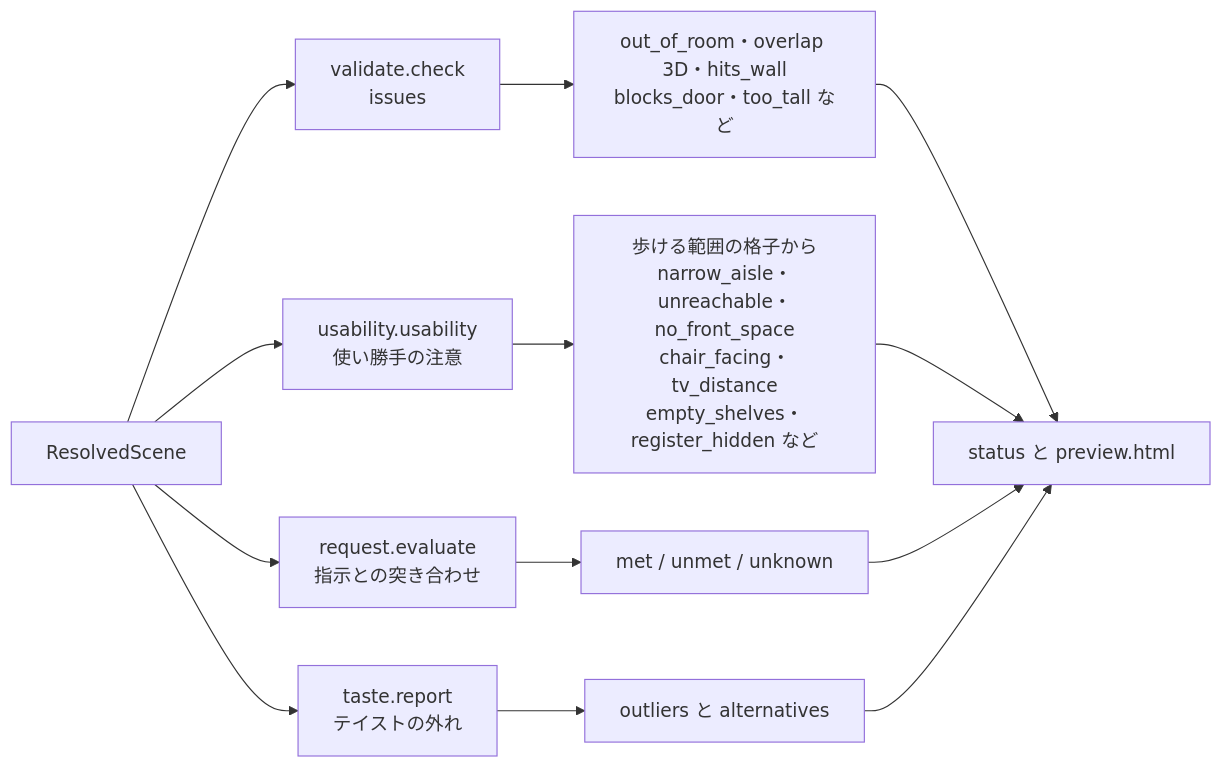
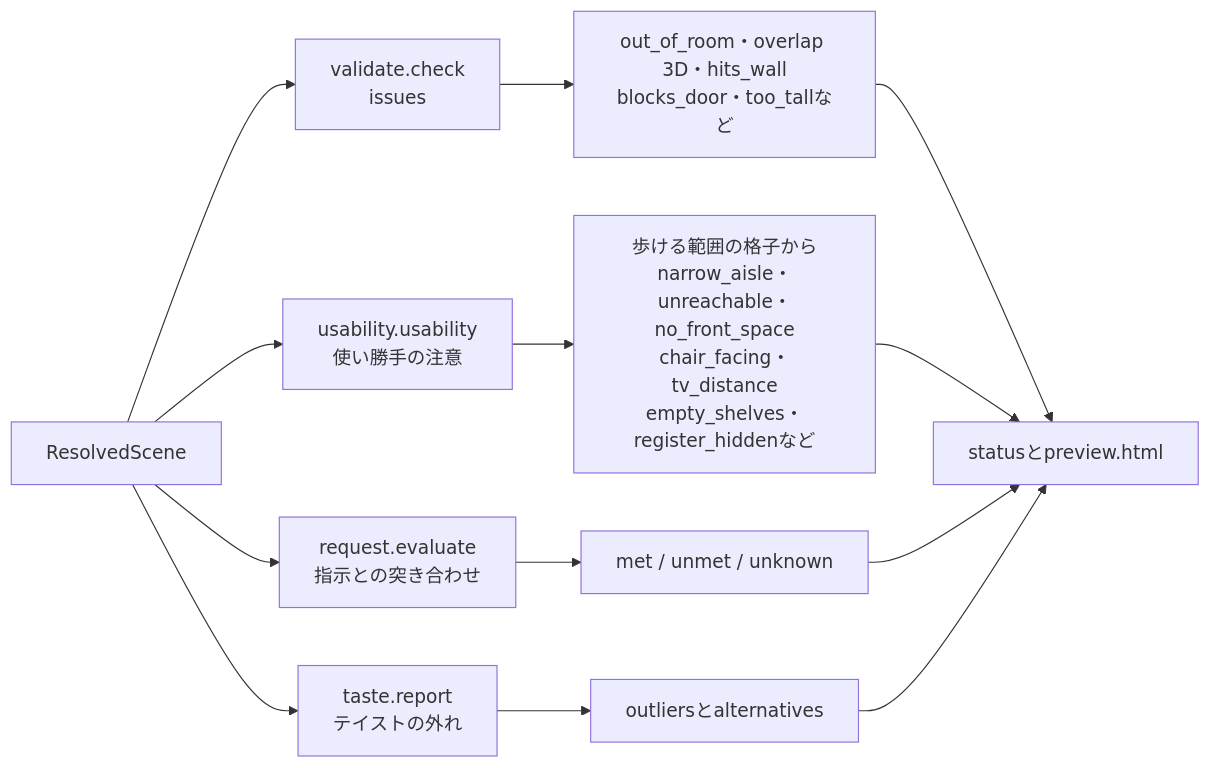
The fifth of 9 diagrams in docs/architecture.md (atinfinity/agentic-sim-world-gen), drawn with Mermaid before and after one commit. The commit also changed other lines of this file and 4 other files, not shown here.

Commit message:
Japanese docs: drop half-width spaces between Japanese and ASCII in the mermaid diagrams too

````diff
--- a/docs/architecture.md
+++ b/docs/architecture.md
@@ -285,15 +285,15 @@
 ```mermaid
 flowchart LR
     scene["ResolvedScene"] --> v1["validate.check<br/>issues"]
     scene --> v2["usability.usability<br/>使い勝手の注意"]
     scene --> v3["request.evaluate<br/>指示との突き合わせ"]
     scene --> v4["taste.report<br/>テイストの外れ"]
-    v1 --> i1["out_of_room・overlap 3D・hits_wall<br/>blocks_door・too_tall など"]
-    v2 --> i2["歩ける範囲の格子から<br/>narrow_aisle・unreachable・no_front_space<br/>chair_facing・tv_distance<br/>empty_shelves・register_hidden など"]
+    v1 --> i1["out_of_room・overlap 3D・hits_wall<br/>blocks_door・too_tallなど"]
+    v2 --> i2["歩ける範囲の格子から<br/>narrow_aisle・unreachable・no_front_space<br/>chair_facing・tv_distance<br/>empty_shelves・register_hiddenなど"]
     v3 --> i3["met / unmet / unknown"]
-    v4 --> i4["outliers と alternatives"]
-    i1 --> st["status と preview.html"]
+    v4 --> i4["outliersとalternatives"]
+    i1 --> st["statusとpreview.html"]
     i2 --> st
     i3 --> st
     i4 --> st
 ```
````
